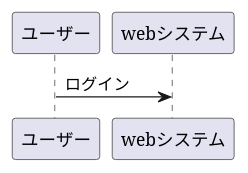
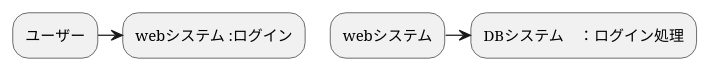
The diagram in flow1.md (Aso2001221/20121sys-design), drawn with PlantUML before and after one commit.

````diff
--- a/flow1.md
+++ b/flow1.md
@@ -1,5 +1,6 @@
 ```uml
 @startuml
 ユーザー -> webシステム :ログイン
+webシステム -> DBシステム　：ログイン処理
 @enduml
 ```
````
